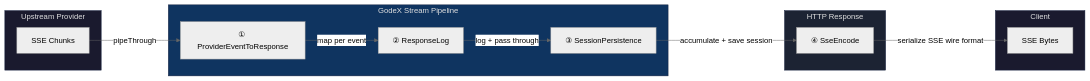
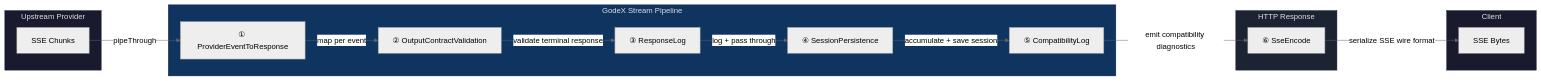
One commit to zamelee/GodeX changed the fourth of 4 diagrams in README.md. Above: the diagram before and after it, drawn with Mermaid (neutral theme). The commit also changed other lines of this file and 323 other files, not shown here.

````diff
--- a/README.md
+++ b/README.md
@@ -266,31 +268,35 @@
 ```mermaid
 flowchart LR
   subgraph upstream["Upstream Provider"]
     SSE["SSE Chunks"]
   end
 
   subgraph godex["GodeX Stream Pipeline"]
     T1["① ProviderEventToResponse"]
-    T2["② ResponseLog"]
-    T3["③ SessionPersistence"]
+    T2["② OutputContractValidation"]
+    T3["③ ResponseLog"]
+    T4["④ SessionPersistence"]
+    T5["⑤ CompatibilityLog"]
   end
 
   subgraph server["HTTP Response"]
-    T4["④ SseEncode"]
+    T6["⑥ SseEncode"]
   end
 
   subgraph client["Client"]
     BYTES["SSE Bytes"]
   end
 
   SSE -->|pipeThrough| T1
   T1 -->|map per event| T2
-  T2 -->|log + pass through| T3
-  T3 -->|accumulate + save session| T4
-  T4 -->|serialize SSE wire format| BYTES
+  T2 -->|validate terminal response| T3
+  T3 -->|log + pass through| T4
+  T4 -->|accumulate + save session| T5
+  T5 -->|emit compatibility diagnostics| T6
+  T6 -->|serialize SSE wire format| BYTES
 
   style upstream fill:#1a1a2e,stroke:#16213e,color:#e0e0e0
   style godex fill:#0f3460,stroke:#16213e,color:#e0e0e0
   style server fill:#1c2333,stroke:#16213e,color:#e0e0e0
   style client fill:#1a1a2e,stroke:#16213e,color:#e0e0e0
 ```
````
